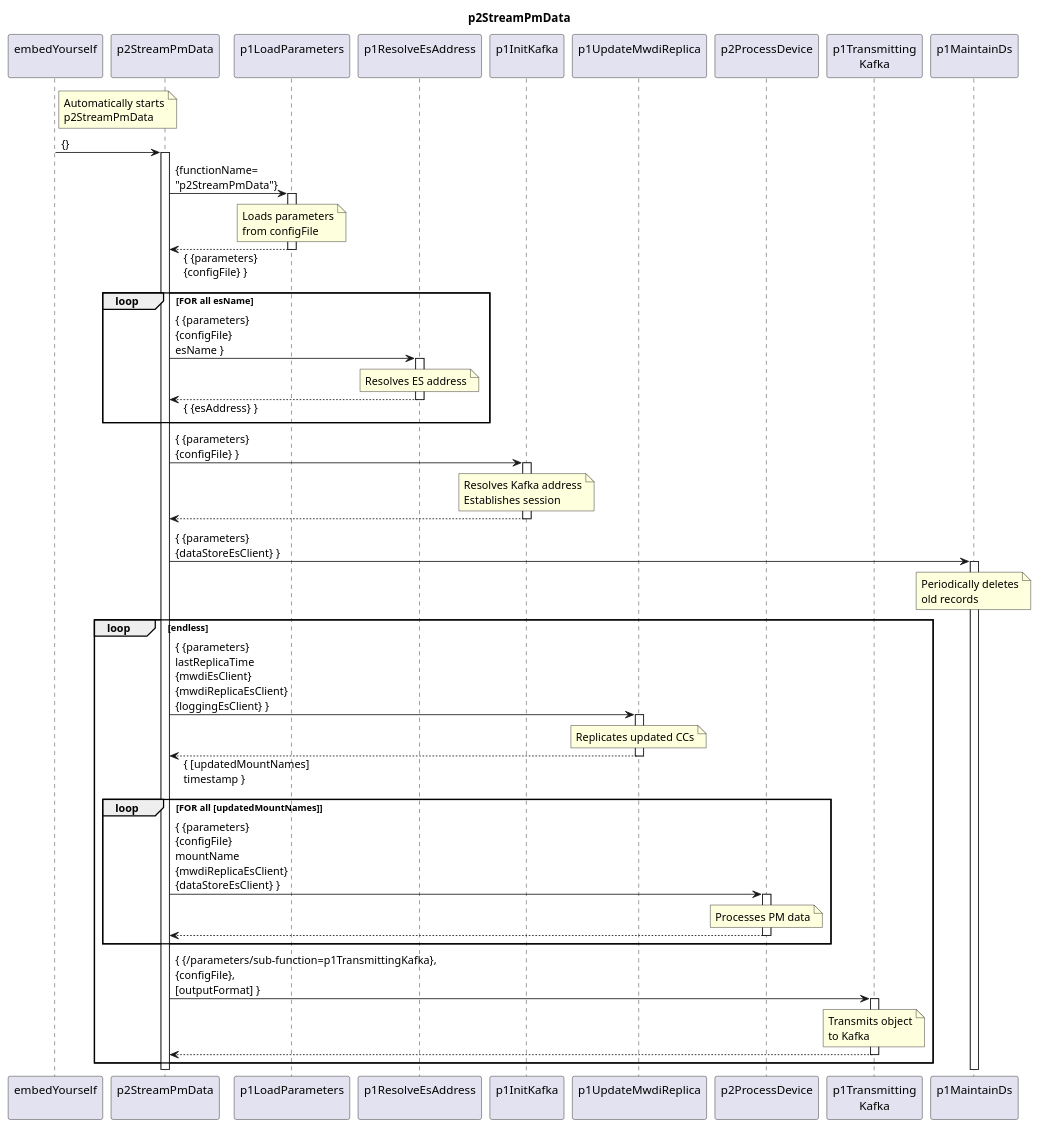
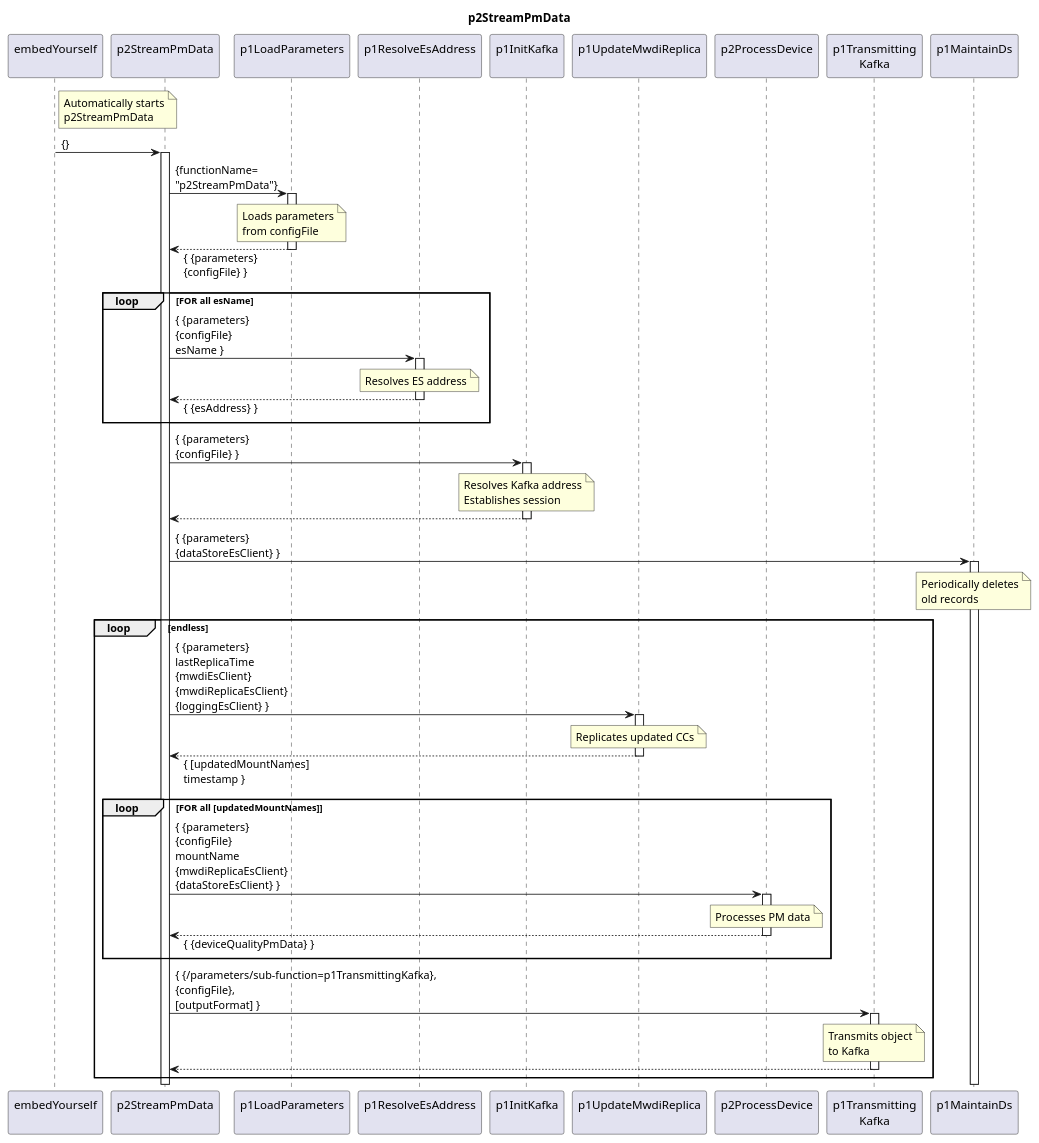
Before and after one commit to openBackhaul/DevicePerformanceManagementDataProcessor: the diagram in spec/Functions/p2StreamPmData/1.0.0/p2StreamPmData.plantuml, drawn with PlantUML. The commit also changed 3 other files, not shown here.

Commit message:
add quality data handovers to diagrams

```diff
--- a/spec/Functions/p2StreamPmData/1.0.0/p2StreamPmData.plantuml
+++ b/spec/Functions/p2StreamPmData/1.0.0/p2StreamPmData.plantuml
@@ -1,95 +1,95 @@
 @startuml p2StreamPmData
 skinparam responseMessageBelowArrow true
 
 title
   p2StreamPmData
 end title
 
 participant "embedYourself\n" as embed
-participant "p2StreamPmData\n" as p1RMWDI
+participant "p2StreamPmData\n" as p2Stream
 participant "p1LoadParameters\n" as p1LP
 participant "p1ResolveEsAddress\n" as p1REA
 participant "p1InitKafka\n" as p1InitKafka
 participant "p1UpdateMwdiReplica\n" as p1UMR
-participant "p2ProcessDevice\n" as p1ProcessPm
+participant "p2ProcessDevice\n" as p2ProcessDev
 participant "p1Transmitting\nKafka" as p1Trans
 participant "p1MaintainDs\n" as p1MDS
 
 note right embed
   Automatically starts
   p2StreamPmData
 end note
-embed -> p1RMWDI : {}
-activate p1RMWDI
+embed -> p2Stream : {}
+activate p2Stream
 
-  p1RMWDI -> p1LP : {functionName=\n"p2StreamPmData"}
+  p2Stream -> p1LP : {functionName=\n"p2StreamPmData"}
   activate p1LP
     note over p1LP
       Loads parameters
       from configFile
     end note
-  p1RMWDI <-- p1LP : { {parameters}\n{configFile} }
+  p2Stream <-- p1LP : { {parameters}\n{configFile} }
   deactivate p1LP
 
   Loop FOR all esName
-    p1RMWDI -> p1REA : { {parameters}\n{configFile}\nesName }
+    p2Stream -> p1REA : { {parameters}\n{configFile}\nesName }
     activate p1REA
       note over p1REA
         Resolves ES address
       end note
-    p1RMWDI <-- p1REA : { {esAddress} }
+    p2Stream <-- p1REA : { {esAddress} }
     deactivate p1REA
   end Loop
 
-    p1RMWDI -> p1InitKafka : { {parameters}\n{configFile} }
+    p2Stream -> p1InitKafka : { {parameters}\n{configFile} }
     activate p1InitKafka
 
       note over p1InitKafka
         Resolves Kafka address
         Establishes session
       end note
 
-    p1RMWDI <-- p1InitKafka
+    p2Stream <-- p1InitKafka
     deactivate p1InitKafka
 
-  p1RMWDI -> p1MDS : { {parameters}\n{dataStoreEsClient} }
+  p2Stream -> p1MDS : { {parameters}\n{dataStoreEsClient} }
   activate p1MDS
     note over p1MDS
       Periodically deletes
       old records
     end note
 
   loop endless
 
-    p1RMWDI -> p1UMR : { {parameters}\nlastReplicaTime\n{mwdiEsClient}\n{mwdiReplicaEsClient}\n{loggingEsClient} }
+    p2Stream -> p1UMR : { {parameters}\nlastReplicaTime\n{mwdiEsClient}\n{mwdiReplicaEsClient}\n{loggingEsClient} }
     activate p1UMR
       note over p1UMR
         Replicates updated CCs
       end note
-    p1RMWDI <-- p1UMR : { [updatedMountNames]\ntimestamp }
+    p2Stream <-- p1UMR : { [updatedMountNames]\ntimestamp }
     deactivate p1UMR
 
     loop FOR all [updatedMountNames]
-      p1RMWDI -> p1ProcessPm : { {parameters}\n{configFile}\nmountName\n{mwdiReplicaEsClient}\n{dataStoreEsClient} }
-      activate p1ProcessPm
-        note over p1ProcessPm
+      p2Stream -> p2ProcessDev : { {parameters}\n{configFile}\nmountName\n{mwdiReplicaEsClient}\n{dataStoreEsClient} }
+      activate p2ProcessDev
+        note over p2ProcessDev
           Processes PM data
         end note
-      p1RMWDI <-- p1ProcessPm
-      deactivate p1ProcessPm
+      p2Stream <-- p2ProcessDev: { {deviceQualityPmData} }
+      deactivate p2ProcessDev
     end loop
   
-  p1RMWDI -> p1Trans : { {/parameters/sub-function=p1TransmittingKafka},\n{configFile},\n[outputFormat] }
+  p2Stream -> p1Trans : { {/parameters/sub-function=p1TransmittingKafka},\n{configFile},\n[outputFormat] }
   activate p1Trans
 
     note over p1Trans
       Transmits object
       to Kafka
     end note
 
-  p1RMWDI <-- p1Trans
+  p2Stream <-- p1Trans
   deactivate p1Trans
 
   end loop
 
 @enduml
```
